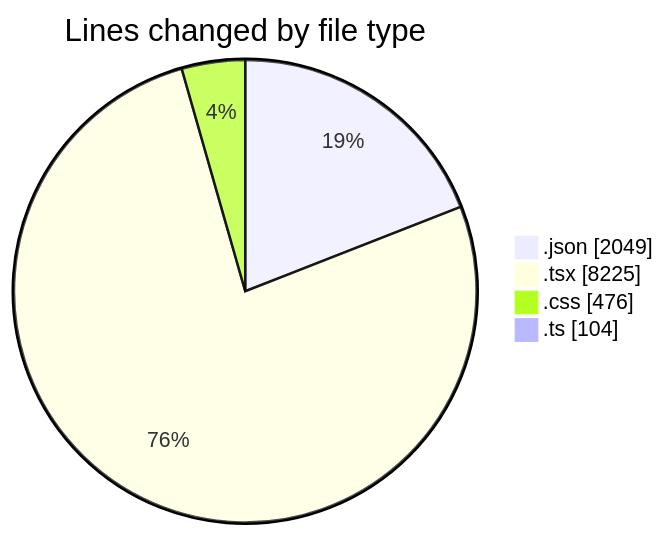
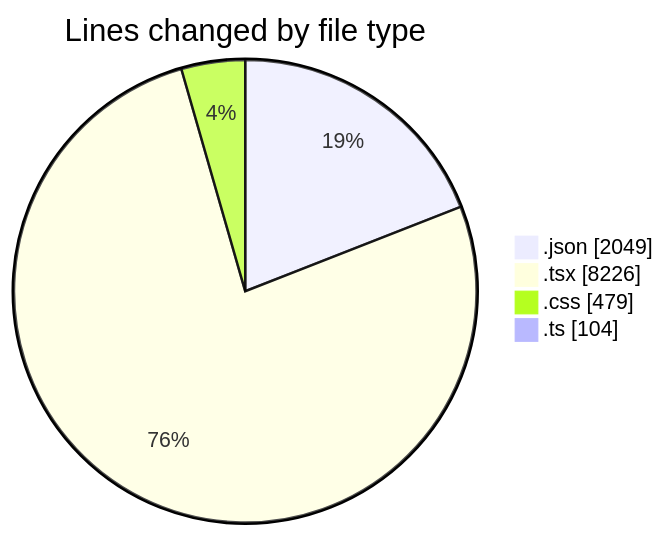
The first of 2 diagrams in 2025-08-14/ribbon/README.md (EIIisD/code-tracking), drawn with Mermaid before and after one commit. The commit also changed other lines of this file and 1 other file, not shown here.

````diff
--- a/2025-08-14/ribbon/README.md
+++ b/2025-08-14/ribbon/README.md
@@ -34,8 +34,8 @@
 ```mermaid
 pie showData
 title Lines changed by file type
 ".json" : 2049
-".tsx" : 8225
-".css" : 476
+".tsx" : 8226
+".css" : 479
 ".ts" : 104
 ```
````
